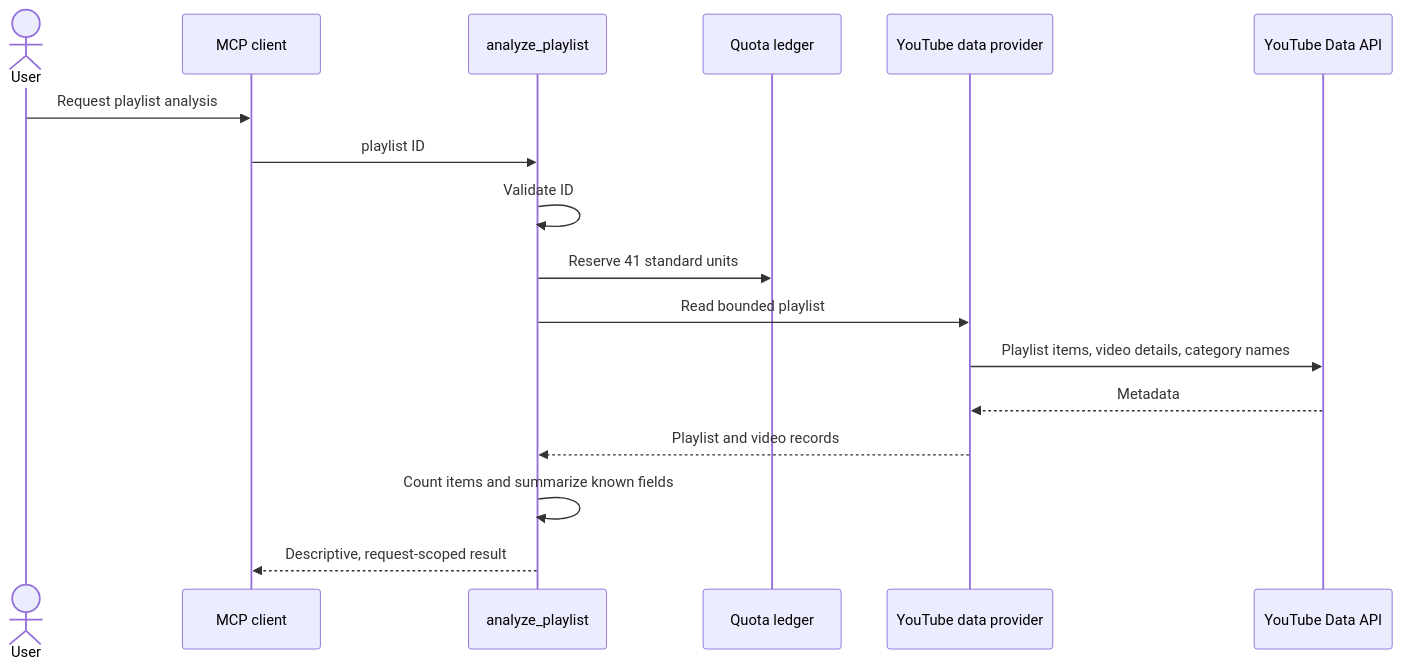
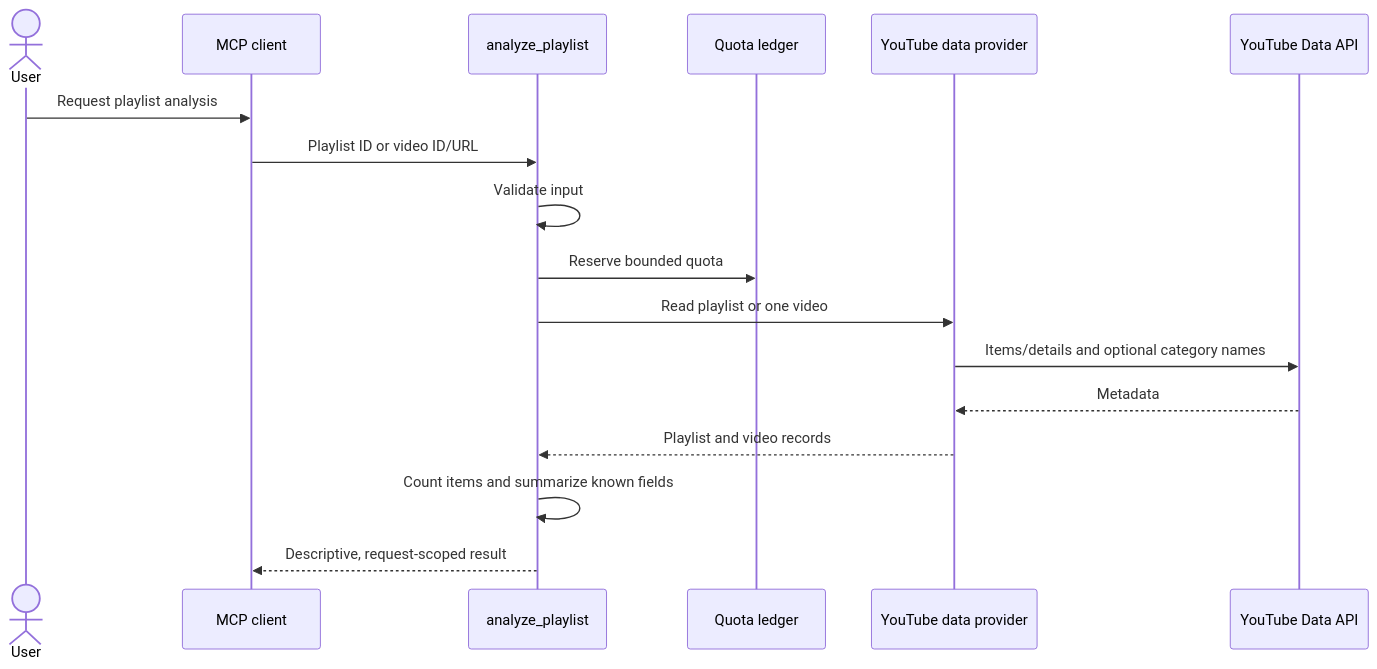
The third of 3 diagrams in brain/tharun/projects/fr7-playlist-analysis.md (Tharunqi/Yt_MCP), drawn with Mermaid before and after one commit. The commit also changed other lines of this file and 18 other files, not shown here.

````diff
--- a/brain/tharun/projects/fr7-playlist-analysis.md
+++ b/brain/tharun/projects/fr7-playlist-analysis.md
@@ -68,19 +74,19 @@
 ```mermaid
 sequenceDiagram
     actor User
     participant Host as MCP client
     participant Tool as analyze_playlist
     participant Quota as Quota ledger
     participant Provider as YouTube data provider
     participant API as YouTube Data API
     User->>Host: Request playlist analysis
-    Host->>Tool: playlist ID
-    Tool->>Tool: Validate ID
-    Tool->>Quota: Reserve 41 standard units
-    Tool->>Provider: Read bounded playlist
-    Provider->>API: Playlist items, video details, category names
+    Host->>Tool: Playlist ID or video ID/URL
+    Tool->>Tool: Validate input
+    Tool->>Quota: Reserve bounded quota
+    Tool->>Provider: Read playlist or one video
+    Provider->>API: Items/details and optional category names
     API-->>Provider: Metadata
     Provider-->>Tool: Playlist and video records
     Tool->>Tool: Count items and summarize known fields
     Tool-->>Host: Descriptive, request-scoped result
 ```
````
